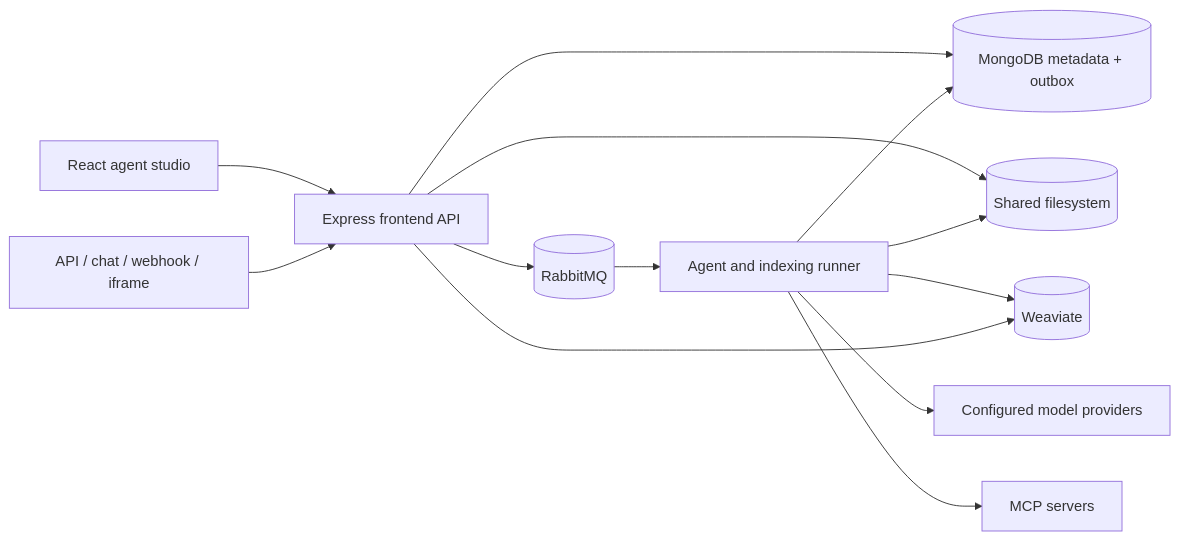
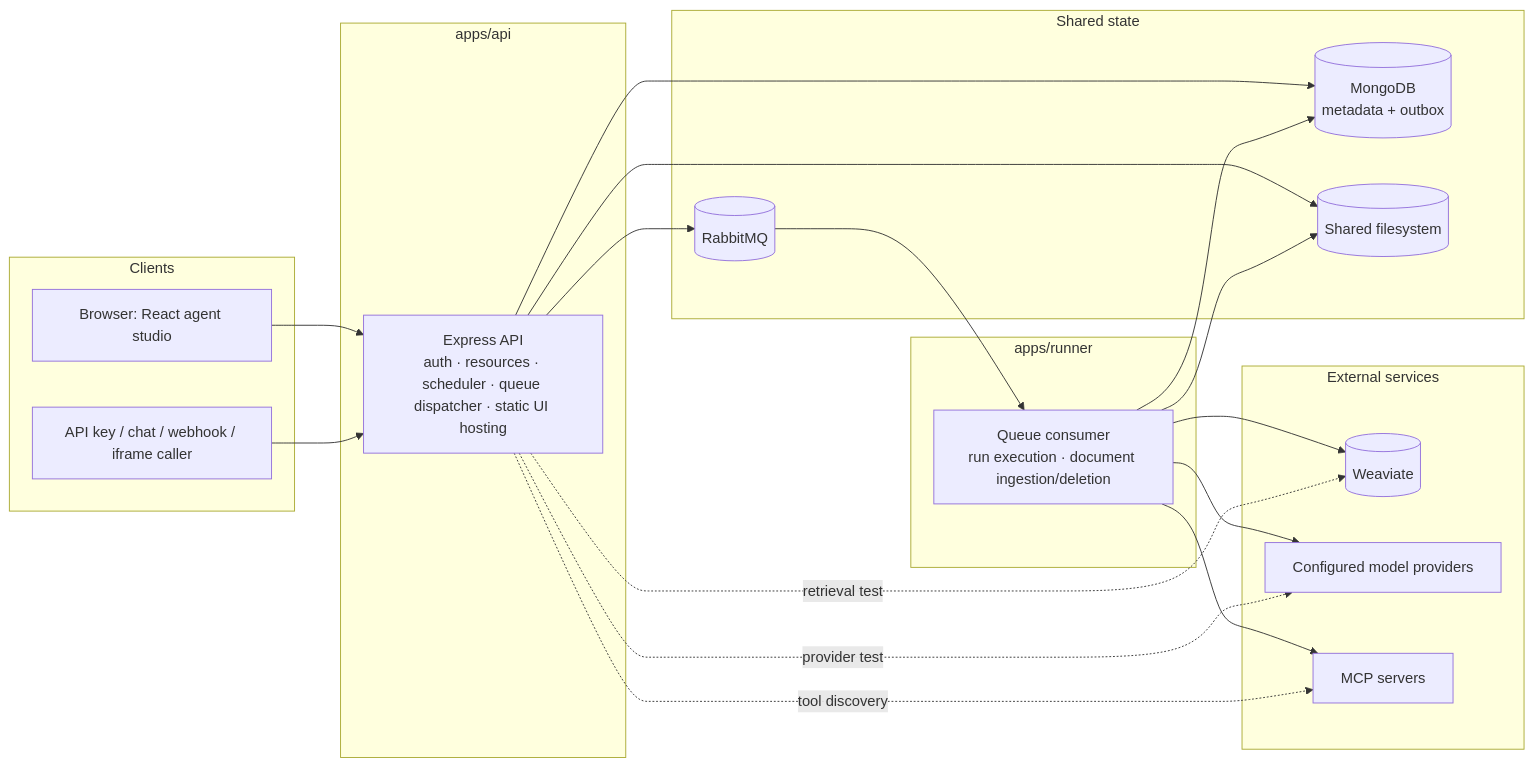
The first of 4 diagrams in README.md (deepfinery/OpenHarness), drawn with Mermaid before and after one commit. The commit also changed other lines of this file, not shown here.

Commit message:
fixes diagrams

````diff
--- a/README.md
+++ b/README.md
@@ -106,15 +107,42 @@
 ```mermaid
 flowchart LR
-  UI[React agent studio] --> API[Express frontend API]
-  Client[API / chat / webhook / iframe] --> API
-  API --> Mongo[(MongoDB metadata + outbox)]
-  API --> MQ[(RabbitMQ)]
-  MQ --> Runner[Agent and indexing runner]
+  subgraph Clients
+    Browser[Browser: React agent studio]
+    External[API key / chat / webhook / iframe caller]
+  end
+
+  subgraph "apps/api"
+    API[Express API<br/>auth · resources · scheduler · queue dispatcher · static UI hosting]
+  end
+
+  subgraph "Shared state"
+    Mongo[(MongoDB<br/>metadata + outbox)]
+    MQ[(RabbitMQ)]
+    Files[(Shared filesystem)]
+  end
+
+  subgraph "apps/runner"
+    Runner[Queue consumer<br/>run execution · document ingestion/deletion]
+  end
+
+  subgraph "External services"
+    Vector[(Weaviate)]
+    LLM[Configured model providers]
+    MCP[MCP servers]
+  end
+
+  Browser --> API
+  External --> API
+  API --> Mongo
+  API --> MQ
+  API --> Files
+  MQ --> Runner
   Runner --> Mongo
-  API --> Files[(Shared filesystem)]
   Runner --> Files
-  Runner --> Vector[(Weaviate)]
-  API --> Vector
-  Runner --> LLM[Configured model providers]
-  Runner --> MCP[MCP servers]
+  Runner --> Vector
+  Runner --> LLM
+  Runner --> MCP
+  API -. provider test .-> LLM
+  API -. tool discovery .-> MCP
+  API -. retrieval test .-> Vector
 ```
````
